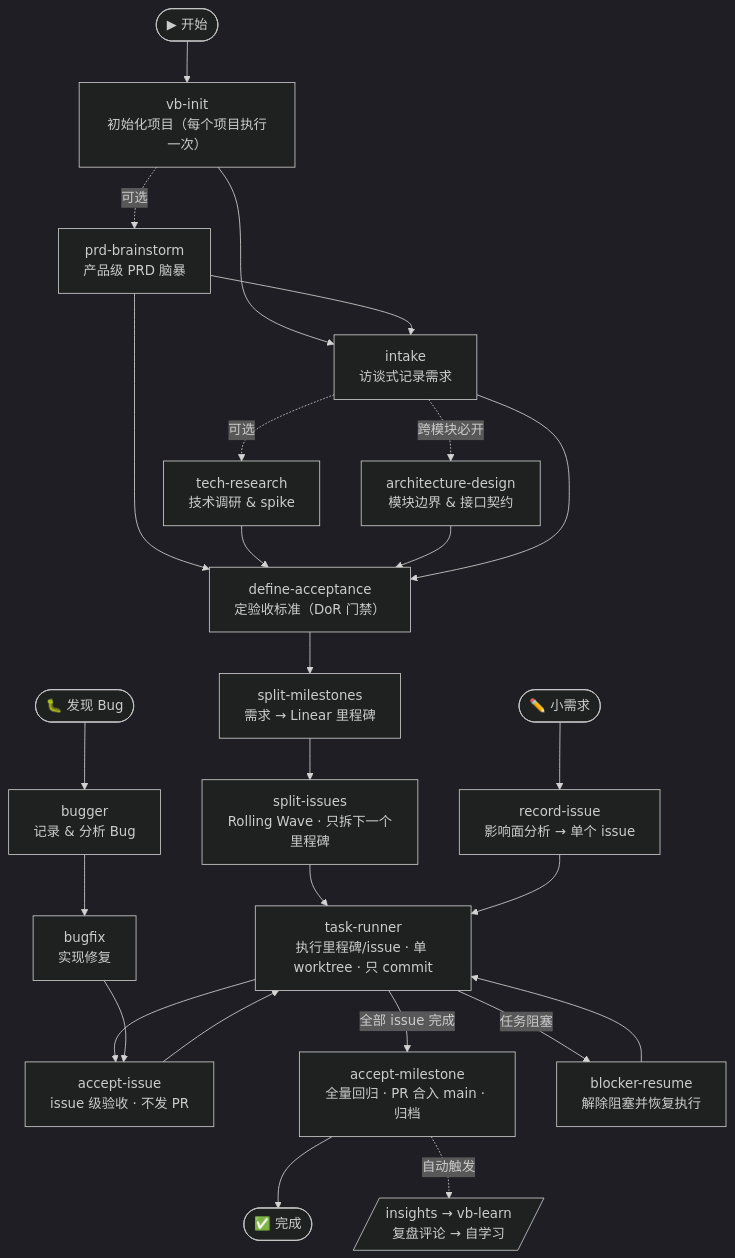
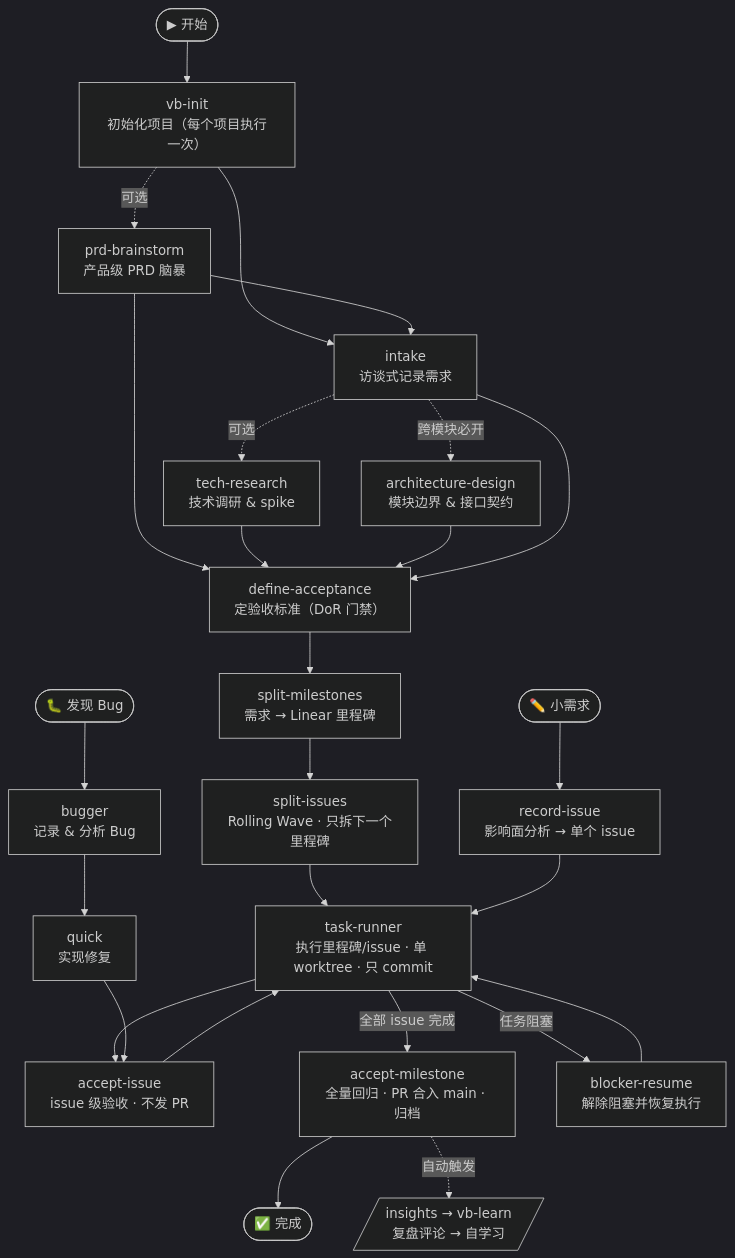
One commit to JsonLee12138/vibeRig changed the diagram in README.zh-CN.md. Above: the diagram before and after it, drawn with Mermaid (dark theme). The commit also changed other lines of this file and 34 other files, not shown here.

````diff
--- a/README.zh-CN.md
+++ b/README.zh-CN.md
@@ -7,28 +7,28 @@
 ```mermaid
 flowchart TD
     S([▶ 开始]) --> Init["vb-init\n初始化项目（每个项目执行一次）"]
     Init -.可选.-> PRD["prd-brainstorm\n产品级 PRD 脑暴"]
     Init --> Intake
     PRD --> Intake["intake\n访谈式记录需求"]
     Intake -.可选.-> Research["tech-research\n技术调研 & spike"]
     Intake -.跨模块必开.-> Arch["architecture-design\n模块边界 & 接口契约"]
     PRD --> DefineAC
     Research --> DefineAC
     Arch --> DefineAC
     Intake --> DefineAC["define-acceptance\n定验收标准（DoR 门禁）"]
     DefineAC --> SplitMs["split-milestones\n需求 → Linear 里程碑"]
     SplitMs --> SplitIs["split-issues\nRolling Wave · 只拆下一个里程碑"]
     SplitIs --> TaskRunner["task-runner\n执行里程碑/issue · 单 worktree · 只 commit"]
     TaskRunner --> AcceptIssue["accept-issue\nissue 级验收 · 不发 PR"]
     AcceptIssue --> TaskRunner
     TaskRunner -->|"全部 issue 完成"| AcceptMs["accept-milestone\n全量回归 · PR 合入 main · 归档"]
     AcceptMs --> Done([✅ 完成])
     AcceptMs -."自动触发".-> Insights[/"insights → vb-learn\n复盘评论 → 自学习"/]
     TaskRunner -->|"任务阻塞"| Blocker["blocker-resume\n解除阻塞并恢复执行"]
     Blocker --> TaskRunner
 
     SmallEntry(["✏️ 小需求"]) --> RecordIssue["record-issue\n影响面分析 → 单个 issue"]
     RecordIssue --> TaskRunner
     BugEntry(["🐛 发现 Bug"]) --> Bugger["bugger\n记录 & 分析 Bug"]
-    Bugger --> Bugfix["bugfix\n实现修复"] --> AcceptIssue
+    Bugger --> Quick["quick\n实现修复"] --> AcceptIssue
 ```
````
